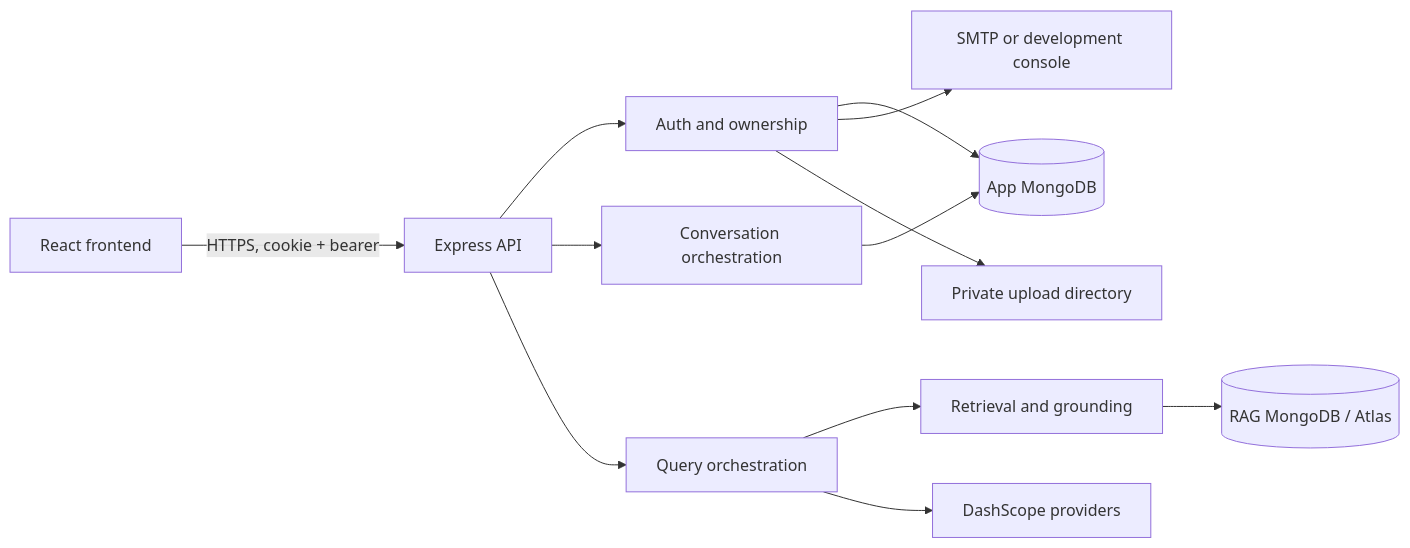
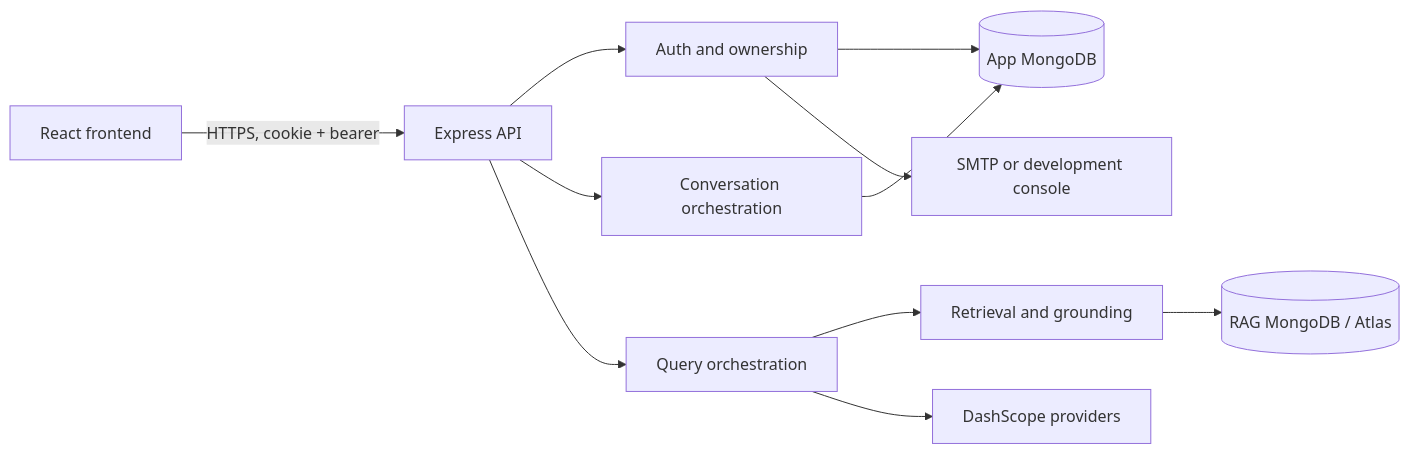
Before and after one commit to Hager-Essam/legal_mind_auth_part: the diagram in docs/architecture/backend-overview.md, drawn with Mermaid. The commit also changed other lines of this file and 167 other files, not shown here.

````diff
--- a/docs/architecture/backend-overview.md
+++ b/docs/architecture/backend-overview.md
@@ -8,14 +8,13 @@
 ```mermaid
 flowchart LR
   F[React frontend] -->|HTTPS, cookie + bearer| E[Express API]
   E --> A[Auth and ownership]
   E --> C[Conversation orchestration]
   E --> Q[Query orchestration]
   A --> D1[(App MongoDB)]
   C --> D1
   Q --> R[Retrieval and grounding]
   R --> D2[(RAG MongoDB / Atlas)]
   Q --> P[DashScope providers]
   A --> M[SMTP or development console]
-  A --> U[Private upload directory]
 ```
````
